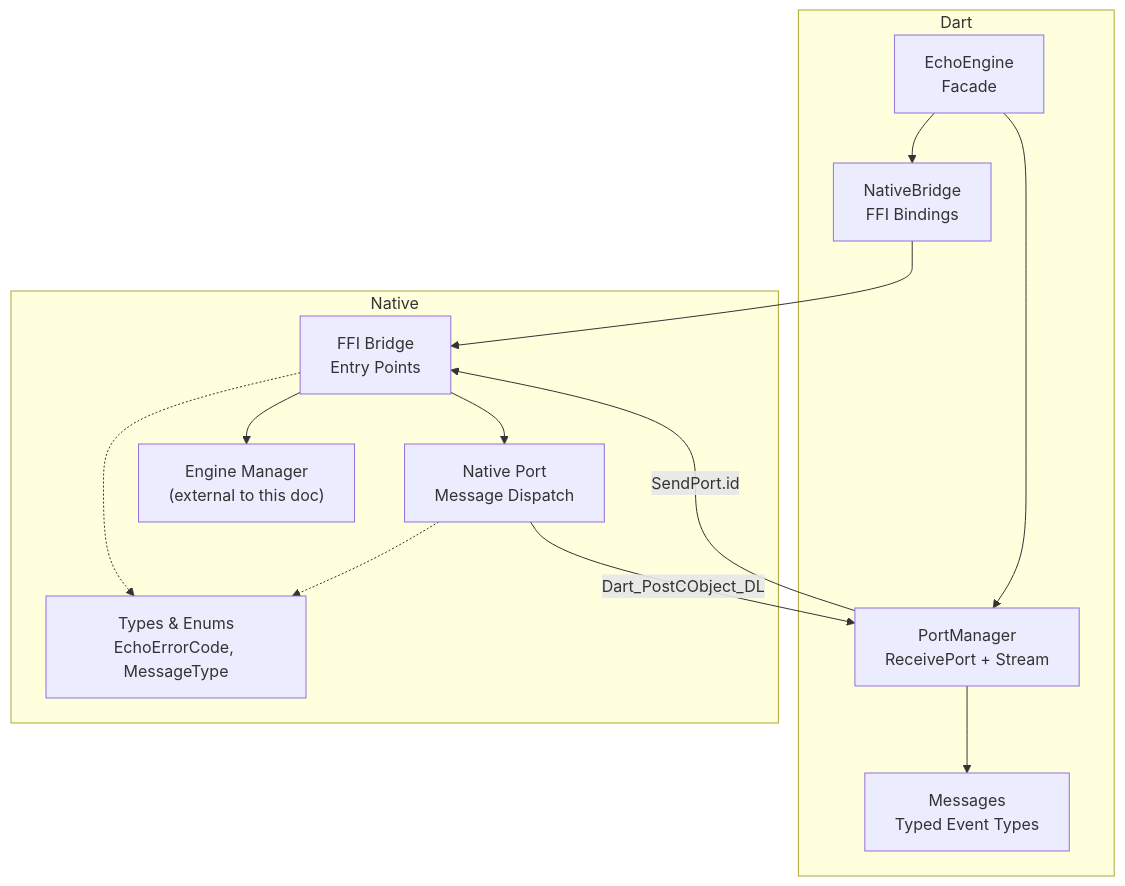
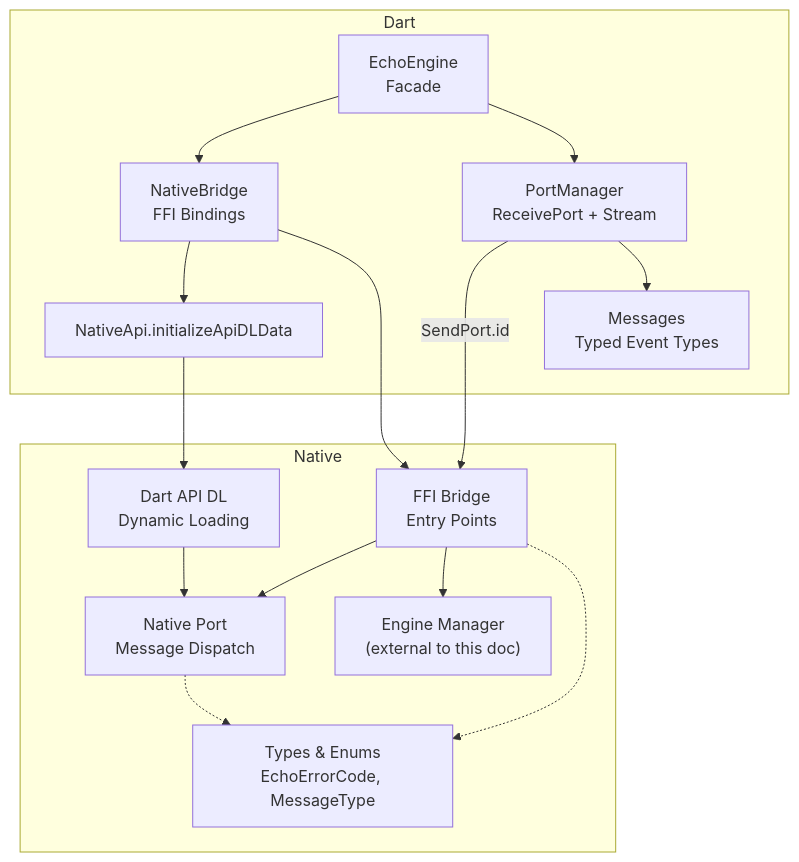
One commit to iMyth/QwenEcho changed the first of 3 diagrams in .qoder/repowiki/en/content/FFI Bridge and Dart Integration/FFI Bridge and Dart Integration.md. Above: the diagram before and after it, drawn with Mermaid. The commit also changed other lines of this file and 129 other files, not shown here.

````diff
--- a/.qoder/repowiki/en/content/FFI Bridge and Dart Integration/FFI Bridge and Dart Integration.md
+++ b/.qoder/repowiki/en/content/FFI Bridge and Dart Integration/FFI Bridge and Dart Integration.md
@@ -42,25 +54,29 @@
 ```mermaid
 graph TB
 subgraph "Dart"
 A["EchoEngine<br/>Facade"]
 B["NativeBridge<br/>FFI Bindings"]
 C["PortManager<br/>ReceivePort + Stream"]
 D["Messages<br/>Typed Event Types"]
+E["NativeApi.initializeApiDLData"]
 end
 subgraph "Native"
-E["FFI Bridge<br/>Entry Points"]
-F["Native Port<br/>Message Dispatch"]
-G["Engine Manager<br/>(external to this doc)"]
-H["Types & Enums<br/>EchoErrorCode, MessageType"]
+F["FFI Bridge<br/>Entry Points"]
+G["Dart API DL<br/>Dynamic Loading"]
+H["Native Port<br/>Message Dispatch"]
+I["Engine Manager<br/>(external to this doc)"]
+J["Types & Enums<br/>EchoErrorCode, MessageType"]
 end
 A --> B
 A --> C
 B --> E
-C --> |SendPort.id| E
-E --> F
-F --> |Dart_PostCObject_DL| C
+B --> F
+C --> |SendPort.id| F
 E --> G
-E -.-> H
-F -.-> H
+G --> H
+F --> H
+F --> I
+F -.-> J
+H -.-> J
 C --> D
 ```
````
